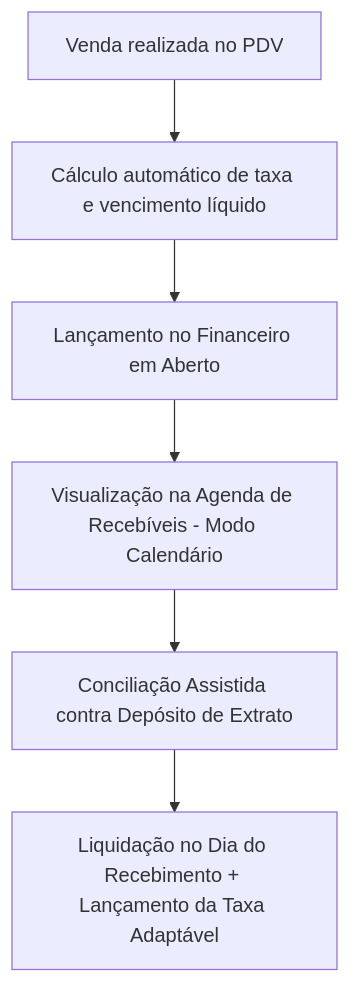
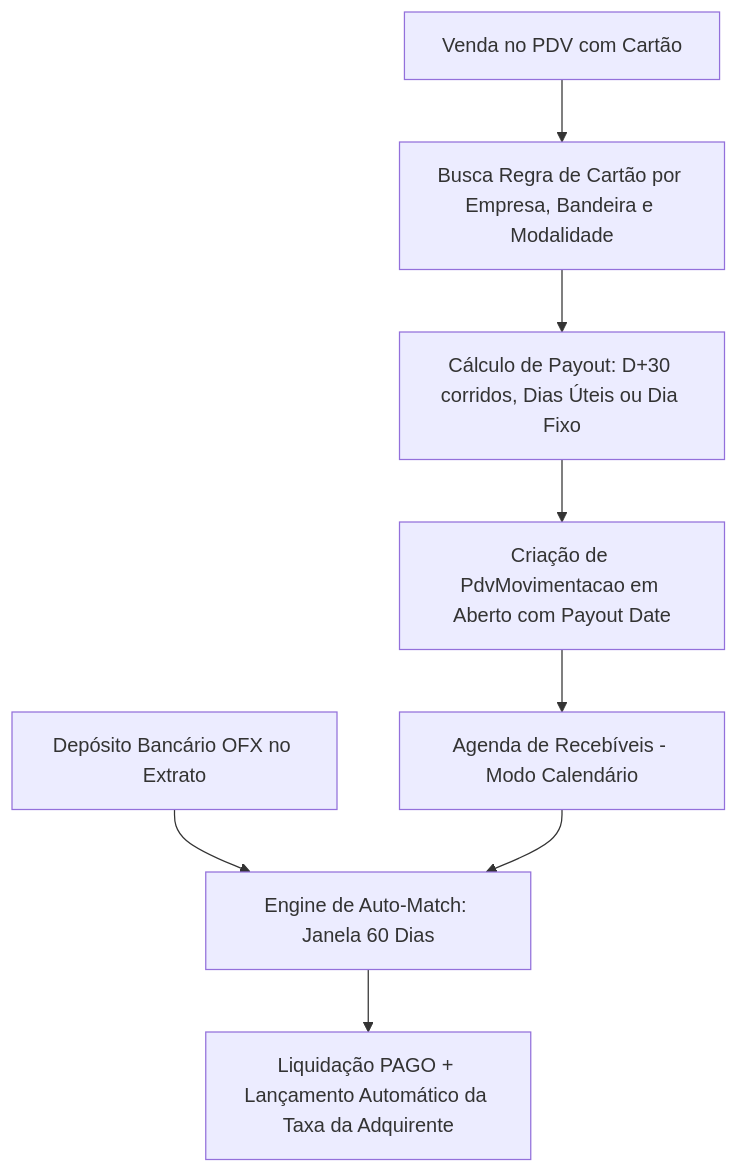
One commit to valfredodefarias/KyrusTech changed the diagram in docs/MANUAL_CONCILIACAO_CARTOES.md. Above: the diagram before and after it, drawn with Mermaid. The commit also changed other lines of this file and 3 other files, not shown here.

````diff
--- a/docs/MANUAL_CONCILIACAO_CARTOES.md
+++ b/docs/MANUAL_CONCILIACAO_CARTOES.md
@@ -14,8 +13,10 @@
 ```mermaid
 graph TD
-    A[Venda realizada no PDV] --> B[Cálculo automático de taxa e vencimento líquido]
-    B --> C[Lançamento no Financeiro em Aberto]
-    C --> D[Visualização na Agenda de Recebíveis - Modo Calendário]
-    D --> E[Conciliação Assistida contra Depósito de Extrato]
-    E --> F[Liquidação no Dia do Recebimento + Lançamento da Taxa Adaptável]
+    Venda[Venda no PDV com Cartão] --> Regra[Busca Regra de Cartão por Empresa, Bandeira e Modalidade]
+    Regra --> Calc[Cálculo de Payout: D+30 corridos, Dias Úteis ou Dia Fixo]
+    Calc --> Mov[Criação de PdvMovimentacao em Aberto com Payout Date]
+    Mov --> Agenda[Agenda de Recebíveis - Modo Calendário]
+    Extrato[Depósito Bancário OFX no Extrato] --> Match[Engine de Auto-Match: Janela 60 Dias]
+    Agenda --> Match
+    Match --> Baixa[Liquidação PAGO + Lançamento Automático da Taxa da Adquirente]
 ```
````
